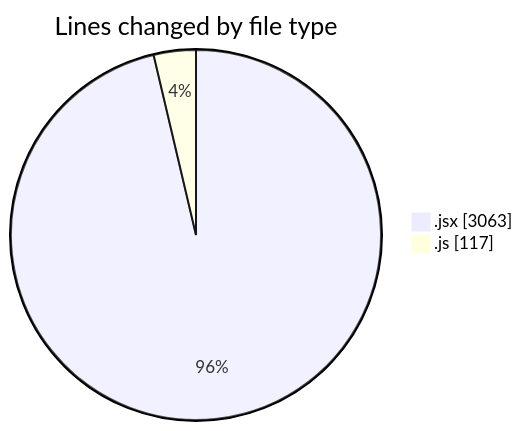
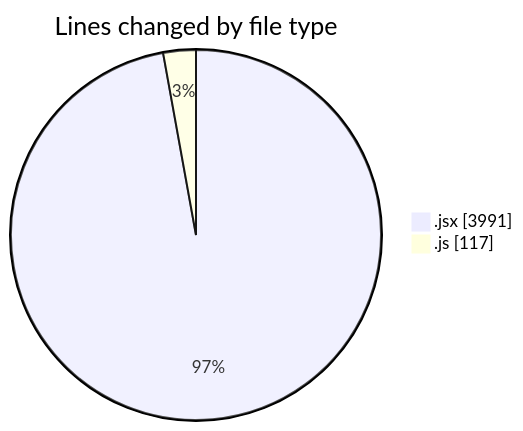
Before and after one commit to nxtqubesakshisongat/code-tracking: the first of 2 diagrams in 2026-01-12/nxtqube_webapp/README.md, drawn with Mermaid. The commit also changed other lines of this file and 1 other file, not shown here.

````diff
--- a/2026-01-12/nxtqube_webapp/README.md
+++ b/2026-01-12/nxtqube_webapp/README.md
@@ -26,6 +28,6 @@
 ```mermaid
 pie showData
 title Lines changed by file type
-".jsx" : 3063
+".jsx" : 3991
 ".js" : 117
 ```
````
